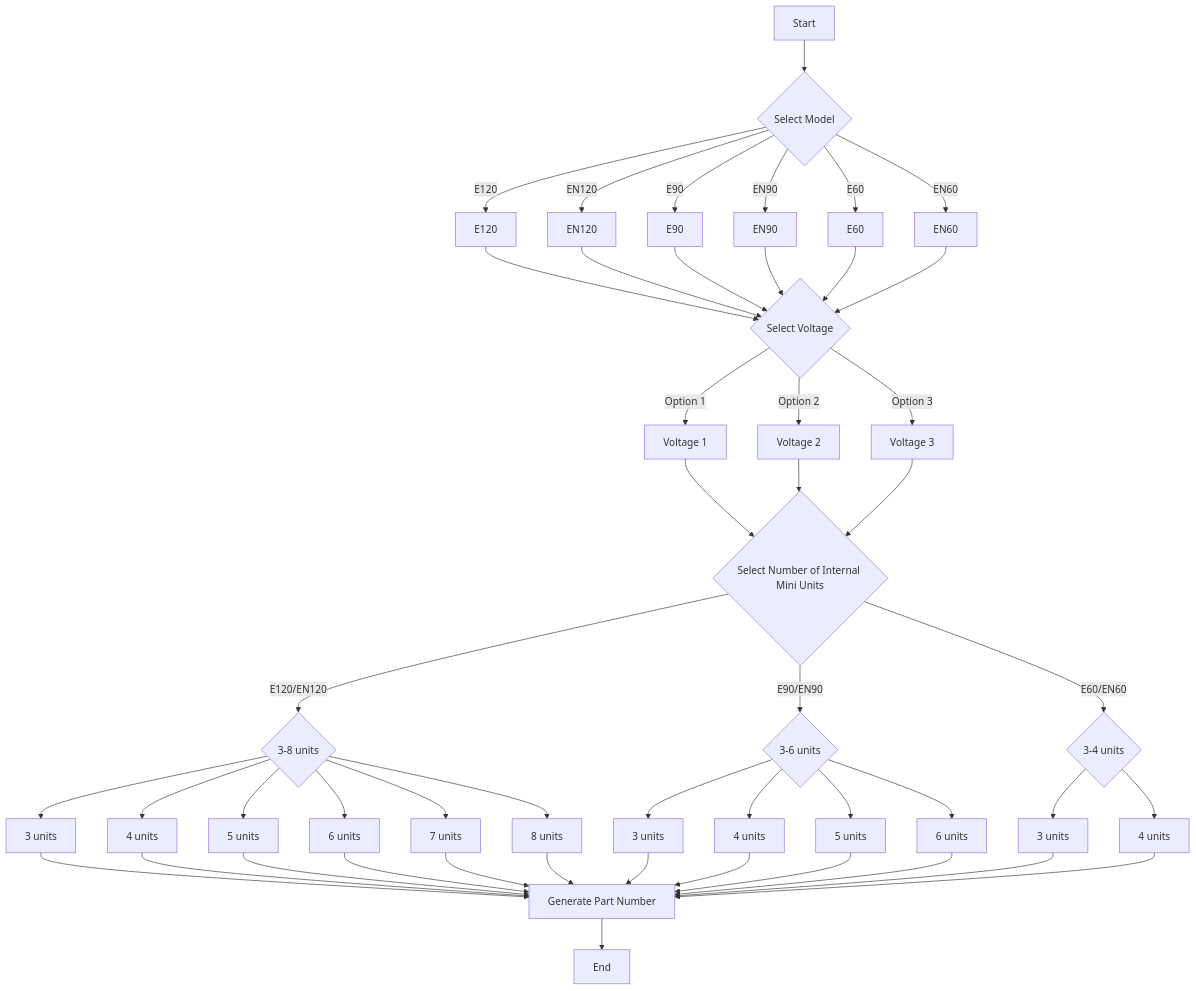
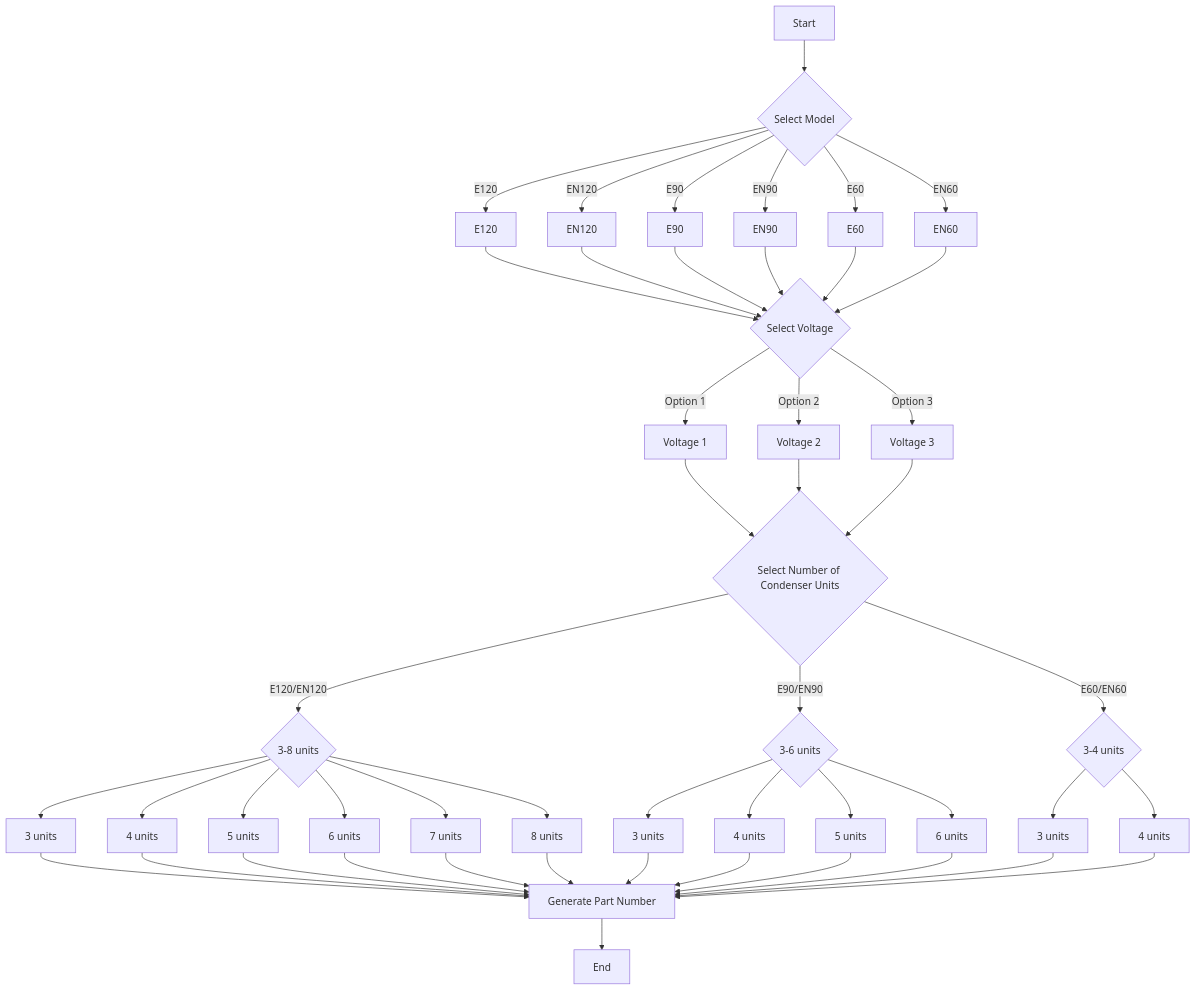
Before and after one commit to randomBullets/ProductNumberFlowChart: the diagram in PNFLC.MD, drawn with Mermaid.

````diff
--- a/PNFLC.MD
+++ b/PNFLC.MD
@@ -1,38 +1,38 @@
 ```mermaid
 graph TD
     A[Start] --> B{Select Model}
     B -->|E120| C1[E120]
     B -->|EN120| C2[EN120]
     B -->|E90| C3[E90]
     B -->|EN90| C4[EN90]
     B -->|E60| C5[E60]
     B -->|EN60| C6[EN60]
 
     C1 & C2 & C3 & C4 & C5 & C6 --> D{Select Voltage}
     D -->|Option 1| E1[Voltage 1]
     D -->|Option 2| E2[Voltage 2]
     D -->|Option 3| E3[Voltage 3]
 
-    E1 & E2 & E3 --> F{Select Number of Internal Mini Units}
+    E1 & E2 & E3 --> F{Select Number of Condenser Units}
     F -->|E120/EN120| G1{3-8 units}
     F -->|E90/EN90| G2{3-6 units}
     F -->|E60/EN60| G3{3-4 units}
 
     G1 --> H1[3 units]
     G1 --> H2[4 units]
     G1 --> H3[5 units]
     G1 --> H4[6 units]
     G1 --> H5[7 units]
     G1 --> H6[8 units]
 
     G2 --> I1[3 units]
     G2 --> I2[4 units]
     G2 --> I3[5 units]
     G2 --> I4[6 units]
 
     G3 --> J1[3 units]
     G3 --> J2[4 units]
 
     H1 & H2 & H3 & H4 & H5 & H6 & I1 & I2 & I3 & I4 & J1 & J2 --> K[Generate Part Number]
     K --> L[End]
 ```
````
